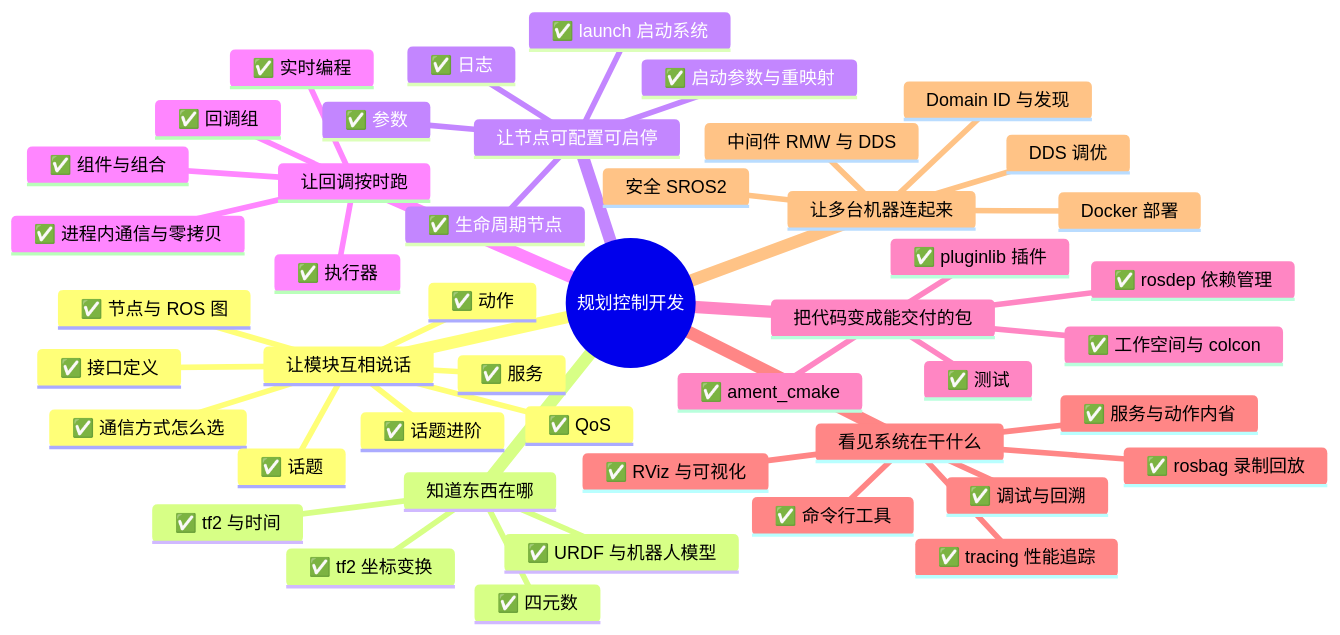
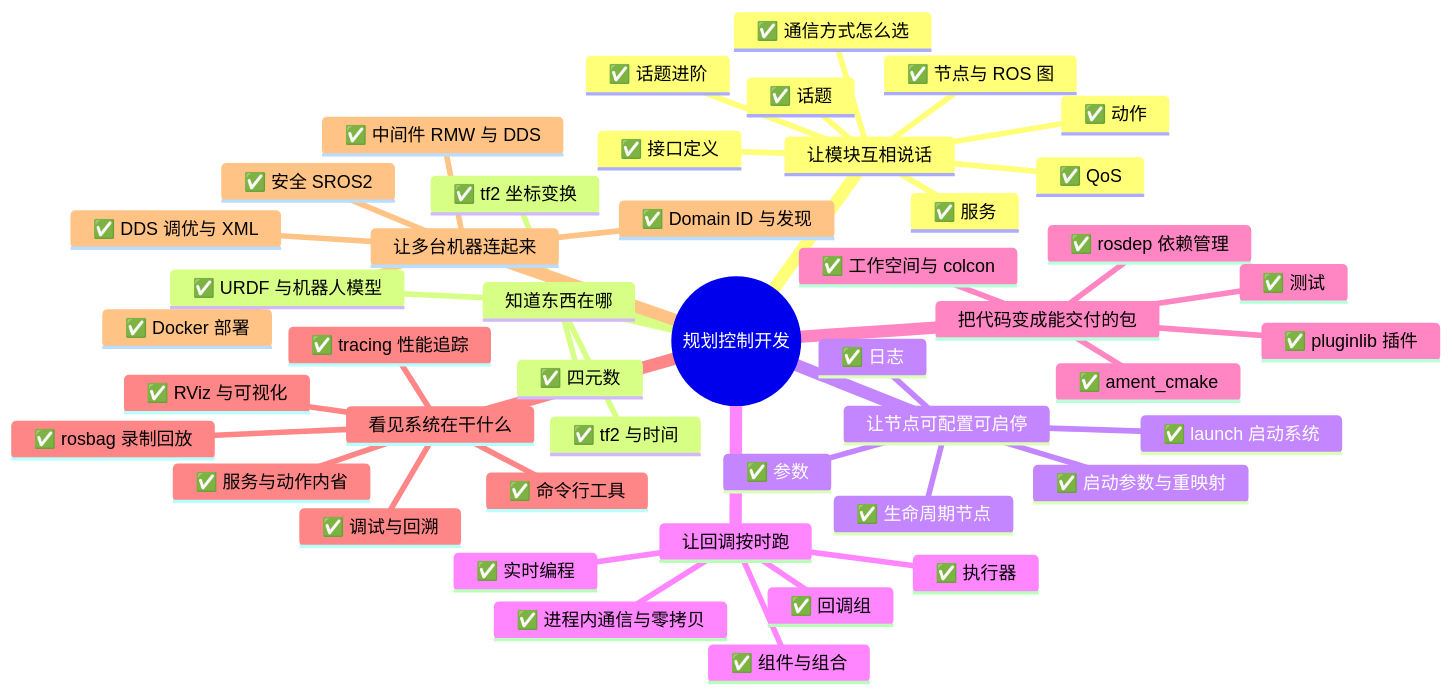
The diagram in study/map/overview.md (kevins-96/ros2_documentation), drawn with Mermaid before and after one commit. The commit also changed other lines of this file and 27 other files, not shown here.

````diff
--- a/study/map/overview.md
+++ b/study/map/overview.md
@@ -6,49 +6,49 @@
 ```mermaid
 mindmap
   root((规划控制开发))
     让模块互相说话
       ✅ 节点与 ROS 图
       ✅ 通信方式怎么选
       ✅ 话题
       ✅ QoS
       ✅ 服务
       ✅ 动作
       ✅ 接口定义
       ✅ 话题进阶
     知道东西在哪
       ✅ tf2 坐标变换
       ✅ tf2 与时间
       ✅ 四元数
       ✅ URDF 与机器人模型
     让节点可配置可启停
       ✅ 参数
       ✅ 生命周期节点
       ✅ launch 启动系统
       ✅ 启动参数与重映射
       ✅ 日志
     让回调按时跑
       ✅ 执行器
       ✅ 回调组
       ✅ 组件与组合
       ✅ 进程内通信与零拷贝
       ✅ 实时编程
     把代码变成能交付的包
       ✅ 工作空间与 colcon
       ✅ ament_cmake
       ✅ rosdep 依赖管理
       ✅ pluginlib 插件
       ✅ 测试
     看见系统在干什么
       ✅ 命令行工具
       ✅ rosbag 录制回放
       ✅ 服务与动作内省
       ✅ 调试与回溯
       ✅ tracing 性能追踪
       ✅ RViz 与可视化
     让多台机器连起来
-      中间件 RMW 与 DDS
-      Domain ID 与发现
-      DDS 调优
-      Docker 部署
-      安全 SROS2
+      ✅ 中间件 RMW 与 DDS
+      ✅ Domain ID 与发现
+      ✅ DDS 调优与 XML
+      ✅ Docker 部署
+      ✅ 安全 SROS2
 ```
````
